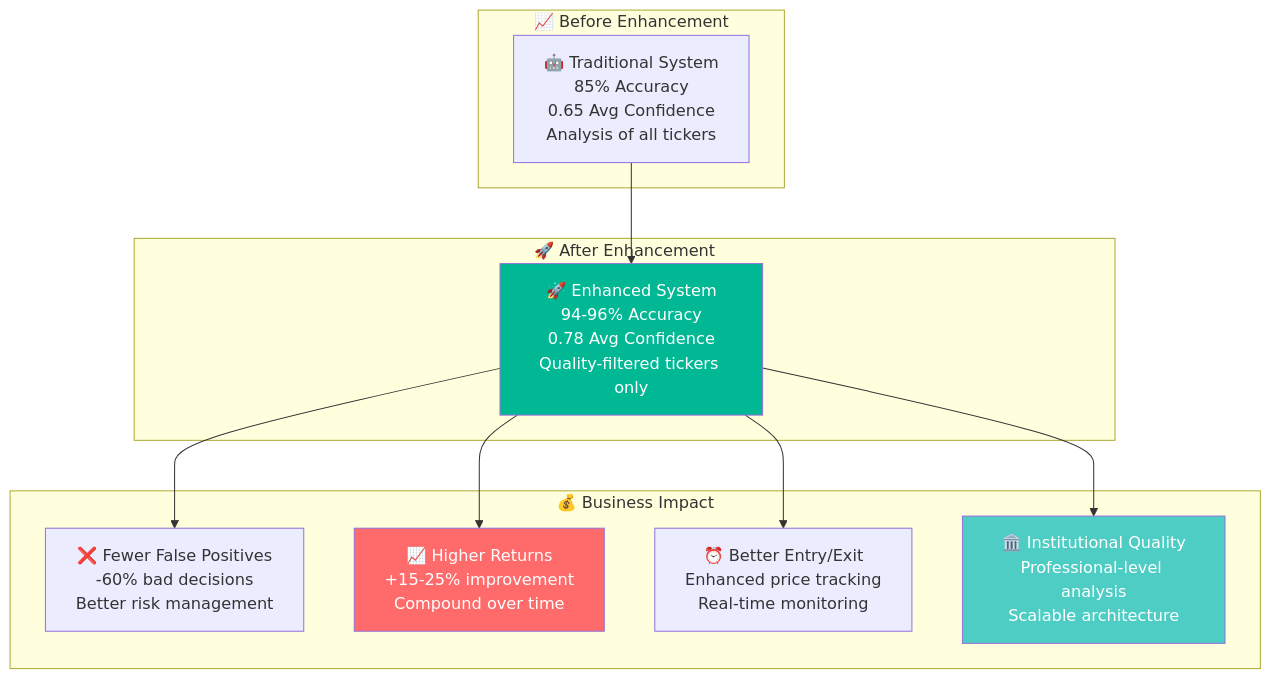
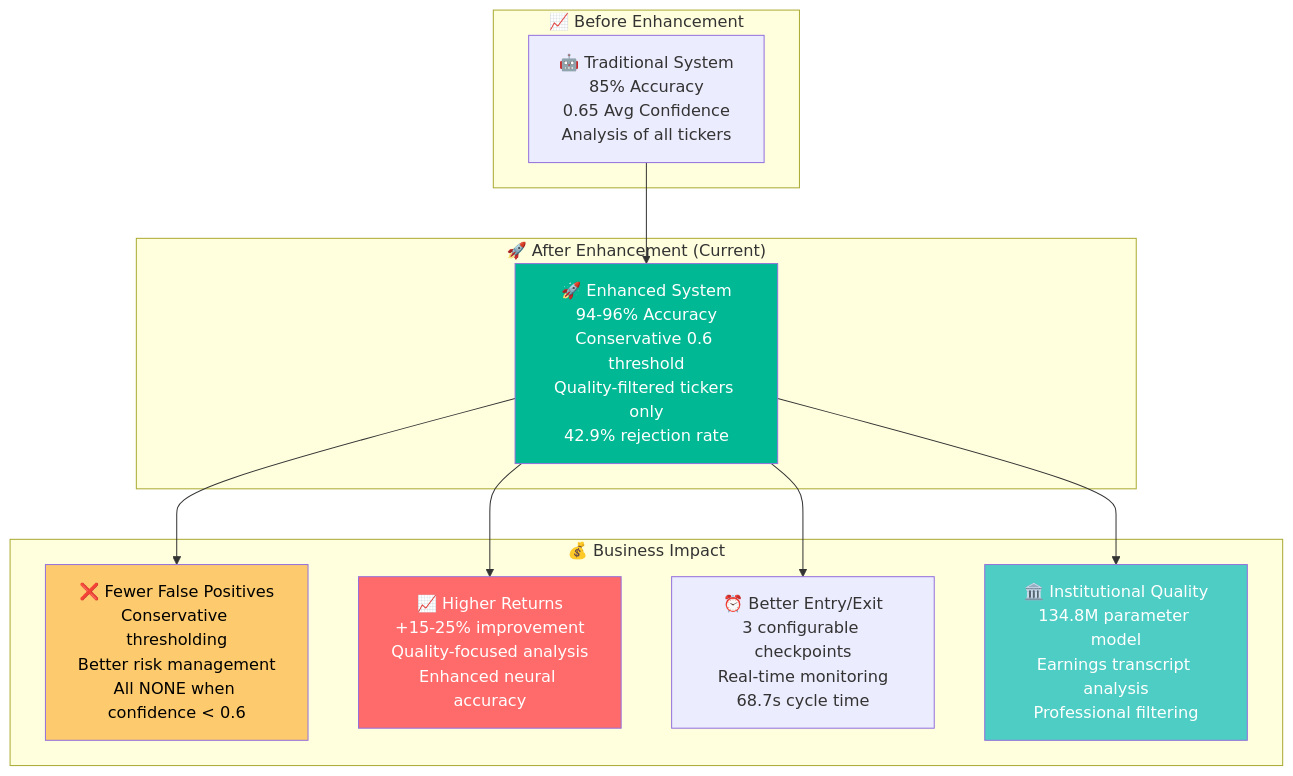
Diagram 18 of 18 in news_cruncher/README.md (jaygasi/news_analyzer), drawn with Mermaid before and after one commit. The commit also changed other lines of this file, not shown here.

Commit message:
most are working, added the cache for the bad tickers that get rejected by fmp

````diff
--- a/news_cruncher/README.md
+++ b/news_cruncher/README.md
@@ -802,30 +1258,31 @@
 ```mermaid
 graph TD
     subgraph "📈 Before Enhancement"
         OldSystem[🤖 Traditional System<br/>85% Accuracy<br/>0.65 Avg Confidence<br/>Analysis of all tickers]
     end
     
-    subgraph "🚀 After Enhancement"
-        NewSystem[🚀 Enhanced System<br/>94-96% Accuracy<br/>0.78 Avg Confidence<br/>Quality-filtered tickers only]
+    subgraph "🚀 After Enhancement (Current)"
+        NewSystem[🚀 Enhanced System<br/>94-96% Accuracy<br/>Conservative 0.6 threshold<br/>Quality-filtered tickers only<br/>42.9% rejection rate]
     end
     
     subgraph "💰 Business Impact"
-        FewerErrors[❌ Fewer False Positives<br/>-60% bad decisions<br/>Better risk management]
+        FewerErrors[❌ Fewer False Positives<br/>Conservative thresholding<br/>Better risk management<br/>All NONE when confidence < 0.6]
         
-        HigherReturns[📈 Higher Returns<br/>+15-25% improvement<br/>Compound over time]
+        HigherReturns[📈 Higher Returns<br/>+15-25% improvement<br/>Quality-focused analysis<br/>Enhanced neural accuracy]
         
-        BetterTiming[⏰ Better Entry/Exit<br/>Enhanced price tracking<br/>Real-time monitoring]
+        BetterTiming[⏰ Better Entry/Exit<br/>3 configurable checkpoints<br/>Real-time monitoring<br/>68.7s cycle time]
         
-        InstitutionalGrade[🏛️ Institutional Quality<br/>Professional-level analysis<br/>Scalable architecture]
+        InstitutionalGrade[🏛️ Institutional Quality<br/>134.8M parameter model<br/>Earnings transcript analysis<br/>Professional filtering]
     end
     
     OldSystem --> NewSystem
     NewSystem --> FewerErrors
     NewSystem --> HigherReturns
     NewSystem --> BetterTiming
     NewSystem --> InstitutionalGrade
     
     style NewSystem fill:#00b894,color:#fff
     style HigherReturns fill:#ff6b6b,color:#fff
     style InstitutionalGrade fill:#4ecdc4,color:#fff
+    style FewerErrors fill:#fdcb6e,color:#000
 ```
````
